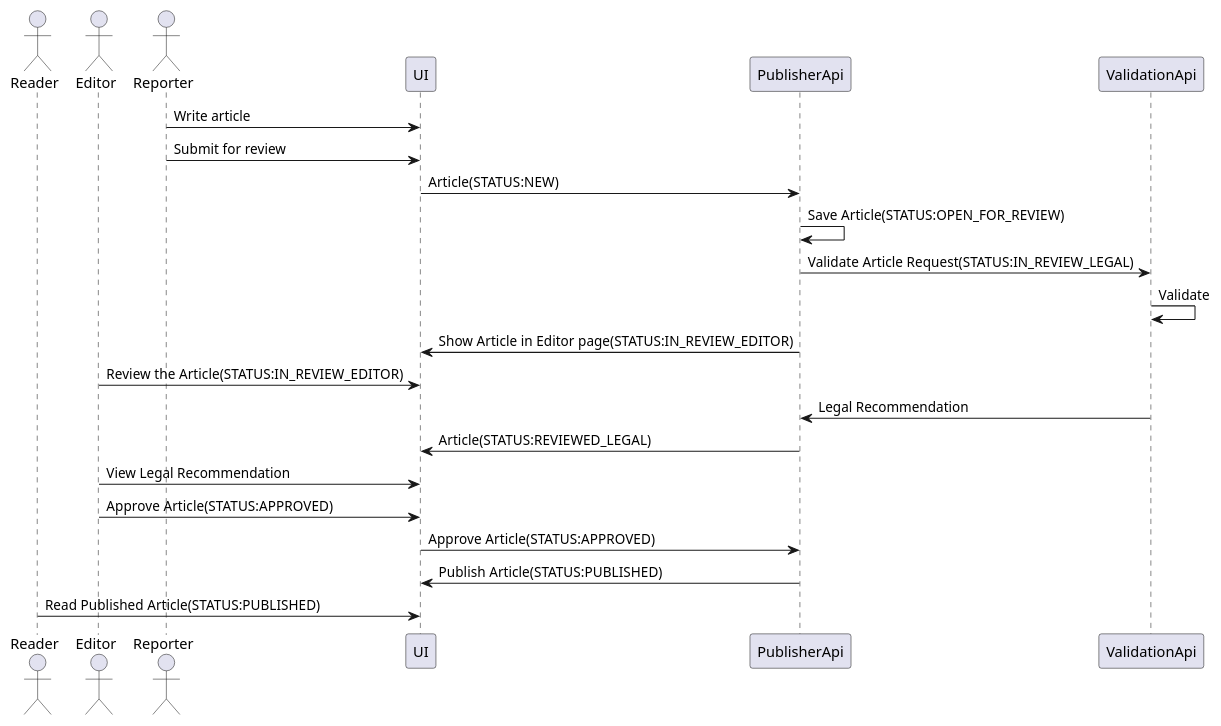
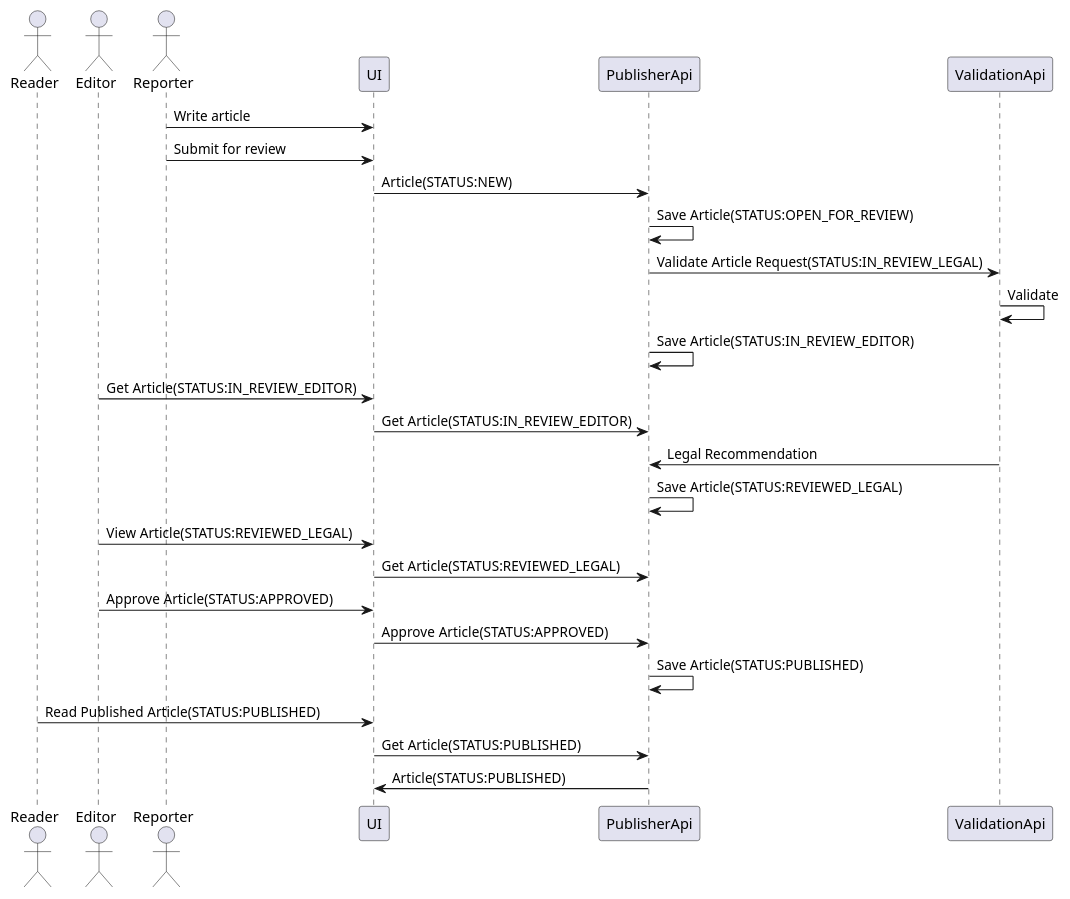
The diagram in news-publisher-simple-sequence.puml (chintanKalkura/news-publisher-service), drawn with PlantUML before and after one commit. The commit also changed 7 other files, not shown here.

```diff
--- a/news-publisher-simple-sequence.puml
+++ b/news-publisher-simple-sequence.puml
@@ -1,24 +1,28 @@
 @startuml
 'Approved without any changes flow.
 actor Reader
 actor Editor
 actor Reporter
 participant UI
 participant PublisherApi
 participant ValidationApi
 Reporter -> UI: Write article
 Reporter -> UI: Submit for review
 UI -> PublisherApi: Article(STATUS:NEW)
 PublisherApi -> PublisherApi: Save Article(STATUS:OPEN_FOR_REVIEW)
 PublisherApi -> ValidationApi: Validate Article Request(STATUS:IN_REVIEW_LEGAL)
 ValidationApi -> ValidationApi: Validate
-PublisherApi -> UI: Show Article in Editor page(STATUS:IN_REVIEW_EDITOR)
-Editor -> UI: Review the Article(STATUS:IN_REVIEW_EDITOR)
+PublisherApi -> PublisherApi: Save Article(STATUS:IN_REVIEW_EDITOR)
+Editor -> UI: Get Article(STATUS:IN_REVIEW_EDITOR)
+UI -> PublisherApi: Get Article(STATUS:IN_REVIEW_EDITOR)
 ValidationApi -> PublisherApi: Legal Recommendation
-PublisherApi -> UI:Article(STATUS:REVIEWED_LEGAL)
-Editor -> UI:View Legal Recommendation
+PublisherApi -> PublisherApi: Save Article(STATUS:REVIEWED_LEGAL)
+Editor -> UI:View Article(STATUS:REVIEWED_LEGAL)
+UI -> PublisherApi: Get Article(STATUS:REVIEWED_LEGAL)
 Editor -> UI: Approve Article(STATUS:APPROVED)
 UI -> PublisherApi: Approve Article(STATUS:APPROVED)
-PublisherApi -> UI : Publish Article(STATUS:PUBLISHED)
+PublisherApi -> PublisherApi: Save Article(STATUS:PUBLISHED)
 Reader -> UI: Read Published Article(STATUS:PUBLISHED)
+UI -> PublisherApi: Get Article(STATUS:PUBLISHED)
+PublisherApi -> UI: Article(STATUS:PUBLISHED)
 @enduml
```
